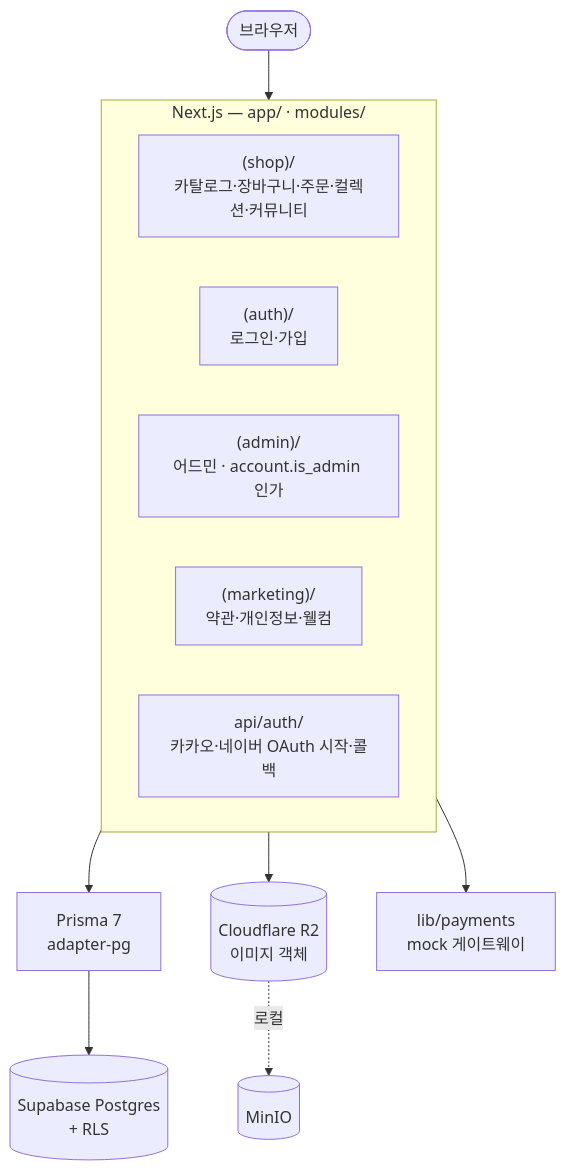
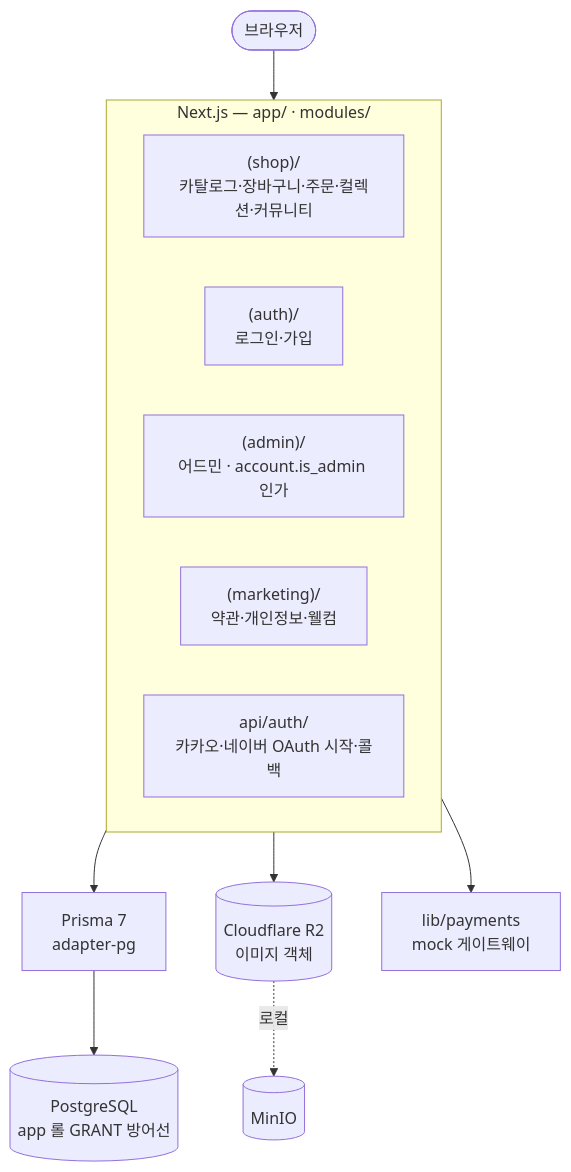
One commit to CobyApp/iroiro changed the diagram in README.md. Above: the diagram before and after it, drawn with Mermaid. The commit also changed other lines of this file and 79 other files, not shown here.

````diff
--- a/README.md
+++ b/README.md
@@ -7,21 +7,21 @@
 ```mermaid
 flowchart TD
     Browser(["브라우저"])
 
     subgraph App ["Next.js — app/ · modules/"]
         Shop["(shop)/<br/>카탈로그·장바구니·주문·컬렉션·커뮤니티"]
         Auth["(auth)/<br/>로그인·가입"]
         Admin["(admin)/<br/>어드민 · account.is_admin 인가"]
         Mkt["(marketing)/<br/>약관·개인정보·웰컴"]
         ApiAuth["api/auth/<br/>카카오·네이버 OAuth 시작·콜백"]
     end
 
     Browser --> App
 
     App --> Prisma["Prisma 7<br/>adapter-pg"]
     App --> R2[("Cloudflare R2<br/>이미지 객체")]
     App --> Pay["lib/payments<br/>mock 게이트웨이"]
 
-    Prisma --> PG[("Supabase Postgres<br/>+ RLS")]
+    Prisma --> PG[("PostgreSQL<br/>app 롤 GRANT 방어선")]
     R2 -. 로컬 .-> MinIO[("MinIO")]
 ```
````
